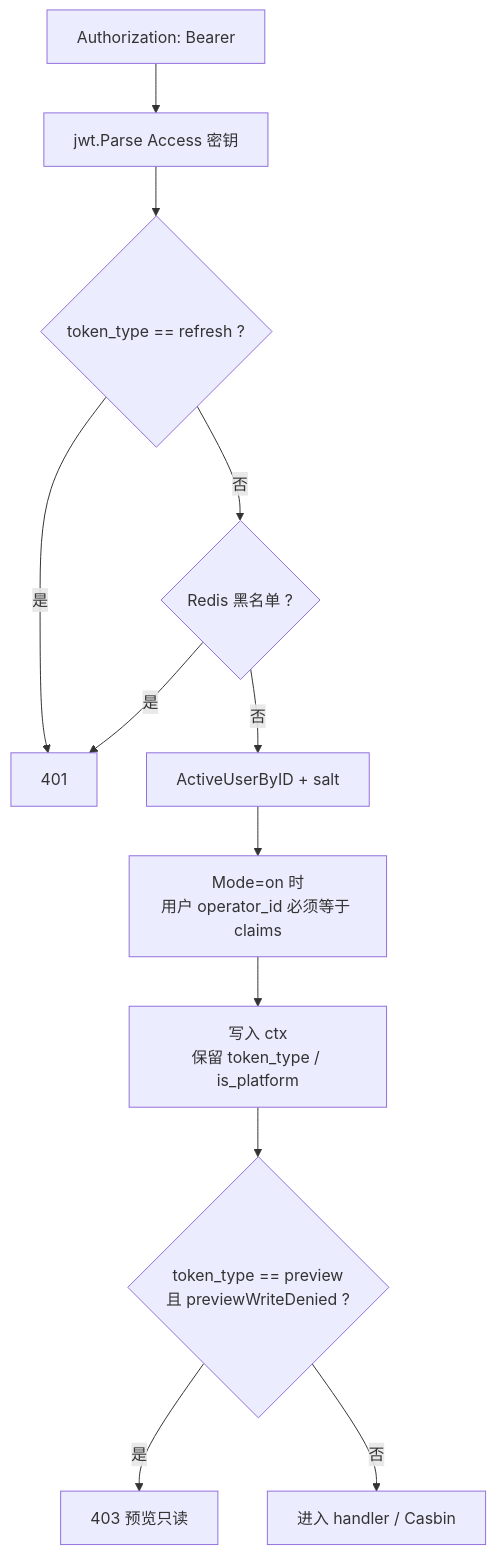
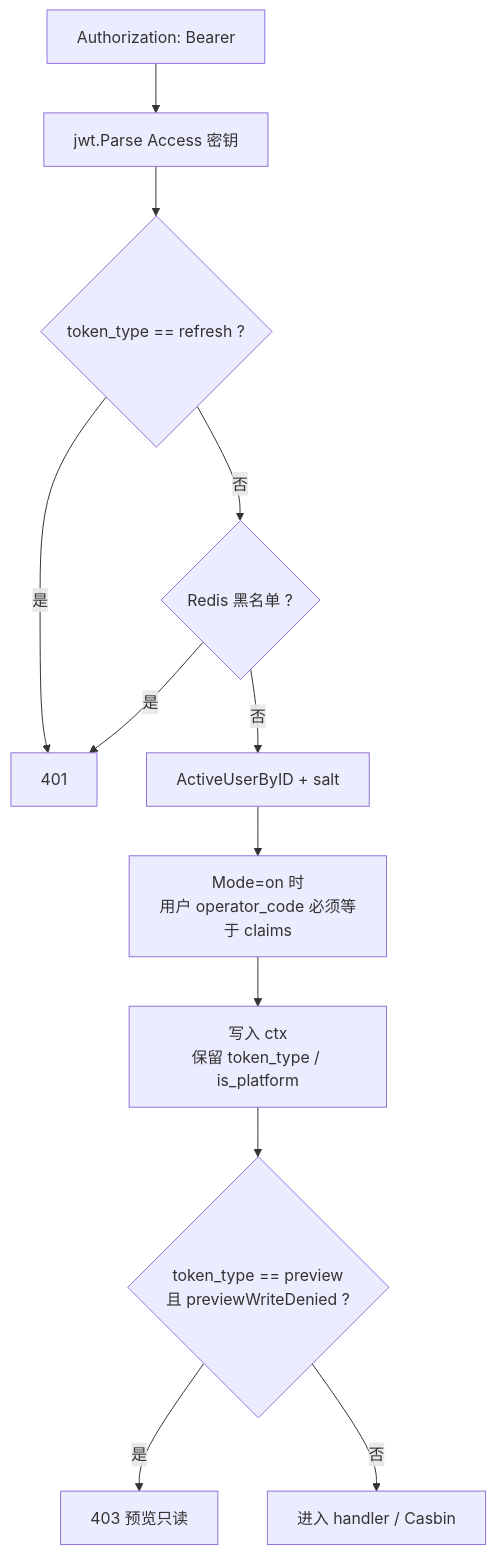
Before and after one commit to ns9ryan/p9_demo: the third of 5 diagrams in core-demo/docs/preview-token.md, drawn with Mermaid. The commit also changed other lines of this file and 435 other files, not shown here.

````diff
--- a/core-demo/docs/preview-token.md
+++ b/core-demo/docs/preview-token.md
@@ -80,19 +78,19 @@
 ```mermaid
 flowchart TB
   H["Authorization: Bearer"]
   Parse["jwt.Parse Access 密钥"]
   Typ{"token_type == refresh ?"}
   BL{"Redis 黑名单 ?"}
   User["ActiveUserByID + salt"]
-  Tenant["Mode=on 时<br/>用户 operator_id 必须等于 claims"]
+  Tenant["Mode=on 时<br/>用户 operator_code 必须等于 claims"]
   Claims["写入 ctx<br/>保留 token_type / is_platform"]
   Prev{"token_type == preview<br/>且 previewWriteDenied ?"}
 
   H --> Parse --> Typ
   Typ -->|是| U401["401"]
   Typ -->|否| BL
   BL -->|是| U401
   BL -->|否| User --> Tenant --> Claims --> Prev
   Prev -->|是| F403["403 预览只读"]
   Prev -->|否| Next["进入 handler / Casbin"]
 ```
````
